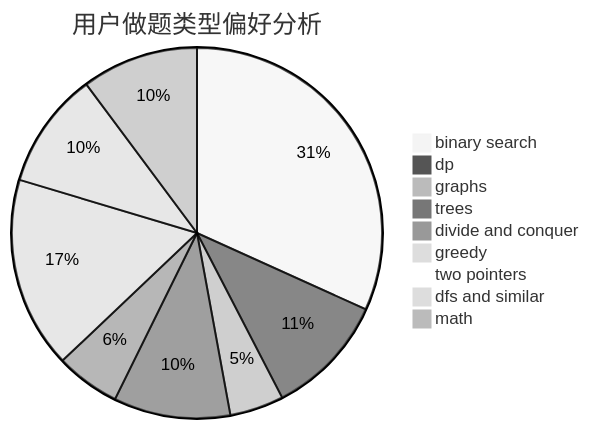
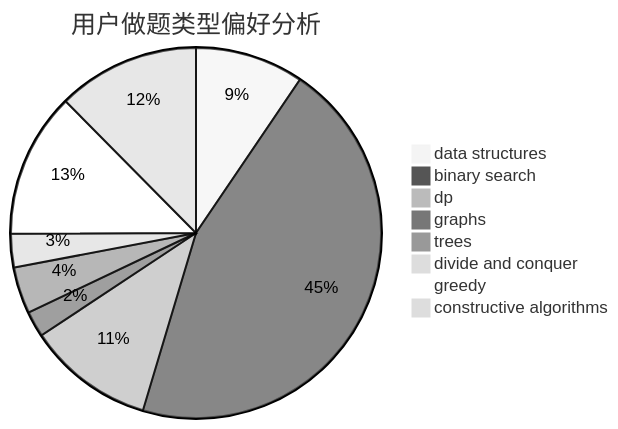
One commit to sherpahu/cfrs.github.io changed the second of 3 diagrams in docs/user/u2759.md. Above: the diagram before and after it, drawn with Mermaid (neutral theme). The commit also changed other lines of this file and 2775 other files, not shown here.

````diff
--- a/docs/user/u2759.md
+++ b/docs/user/u2759.md
@@ -23,12 +23,11 @@
 ```mermaid
 pie title 用户做题类型偏好分析
-    "binary search" :  209
-    "dp" :  70
-    "graphs" :  31
-    "trees" :  67
-    "divide and conquer" :  37
-    "greedy" :  110
-    "two pointers" :  6
-    "dfs and similar" :  67
-    "math" :  67
+    "data structures" :  42
+    "binary search" :  200
+    "dp" :  49
+    "graphs" :  10
+    "trees" :  18
+    "divide and conquer" :  13
+    "greedy" :  56
+    "constructive algorithms" :  55
 ```
````
